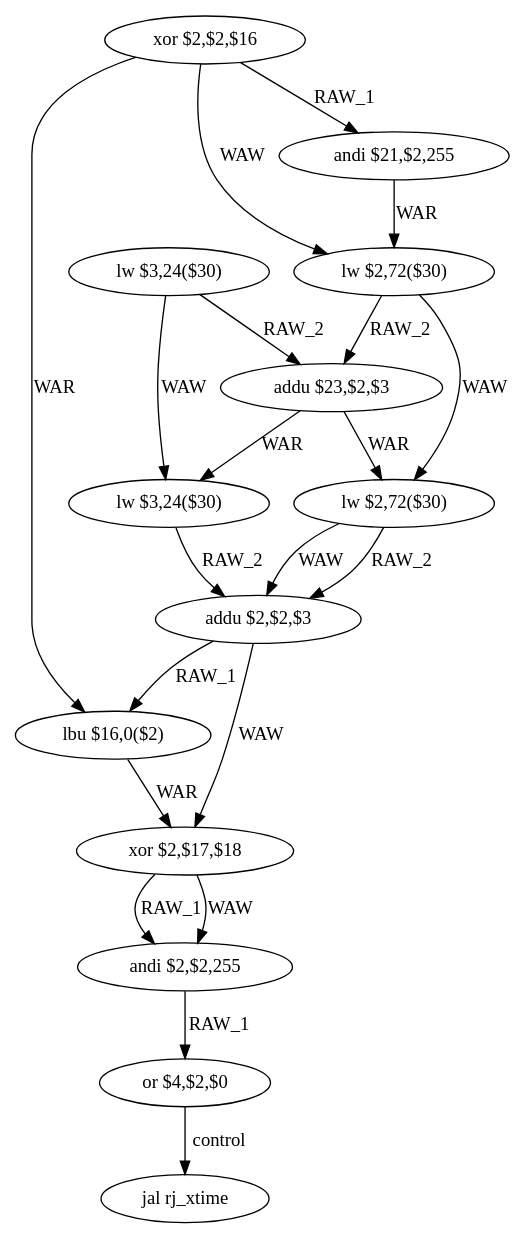
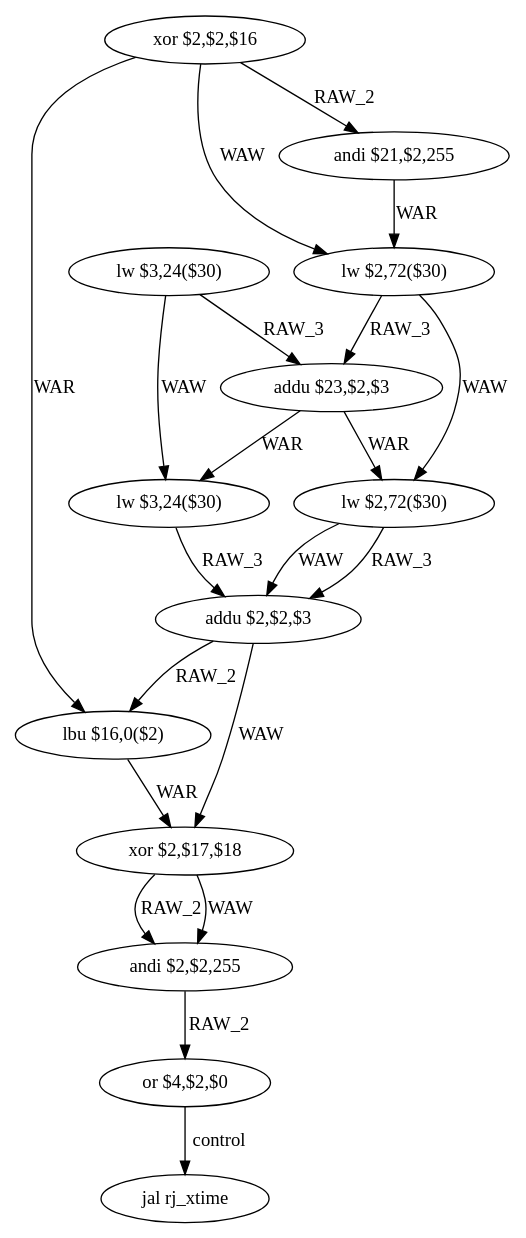
Before and after one commit to Shaolans/CA_CFG_ASM: the diagram in CodeEtudiant/tmp/_func_8_dfg_bb6.dot, drawn with Graphviz. The commit also changed 145 other files, not shown here.

```diff
--- a/CodeEtudiant/tmp/_func_8_dfg_bb6.dot
+++ b/CodeEtudiant/tmp/_func_8_dfg_bb6.dot
@@ -1,36 +1,36 @@
 digraph G1 {
 node [shape = ellipse];
 i0 [label = "xor $2,$2,$16"] ;
-i0 ->  i1 [label= "RAW_1"];
+i0 ->  i1 [label= "RAW_2"];
 i0 ->  i3 [label= "WAW"];
 i0 ->  i8 [label= "WAR"];
 i1 [label = "andi $21,$2,255"] ;
 i1 ->  i3 [label= "WAR"];
 i3 [label = "lw $2,72($30)"] ;
-i3 ->  i4 [label= "RAW_2"];
+i3 ->  i4 [label= "RAW_3"];
 i3 ->  i6 [label= "WAW"];
 i4 [label = "addu $23,$2,$3"] ;
 i4 ->  i5 [label= "WAR"];
 i4 ->  i6 [label= "WAR"];
 i5 [label = "lw $3,24($30)"] ;
-i5 ->  i7 [label= "RAW_2"];
+i5 ->  i7 [label= "RAW_3"];
 i7 [label = "addu $2,$2,$3"] ;
-i7 ->  i8 [label= "RAW_1"];
+i7 ->  i8 [label= "RAW_2"];
 i7 ->  i9 [label= "WAW"];
 i8 [label = "lbu $16,0($2)"] ;
 i8 ->  i9 [label= "WAR"];
 i9 [label = "xor $2,$17,$18"] ;
-i9 ->  i10 [label= "RAW_1"];
+i9 ->  i10 [label= "RAW_2"];
 i9 ->  i10 [label= "WAW"];
 i10 [label = "andi $2,$2,255"] ;
-i10 ->  i11 [label= "RAW_1"];
+i10 ->  i11 [label= "RAW_2"];
 i11 [label = "or $4,$2,$0"] ;
 i11 ->  i12 [label= "control"];
 i12 [label = "jal rj_xtime"] ;
 i6 [label = "lw $2,72($30)"] ;
-i6 ->  i7 [label= "RAW_2"];
+i6 ->  i7 [label= "RAW_3"];
 i6 ->  i7 [label= "WAW"];
 i2 [label = "lw $3,24($30)"] ;
-i2 ->  i4 [label= "RAW_2"];
+i2 ->  i4 [label= "RAW_3"];
 i2 ->  i5 [label= "WAW"];
 }
```
